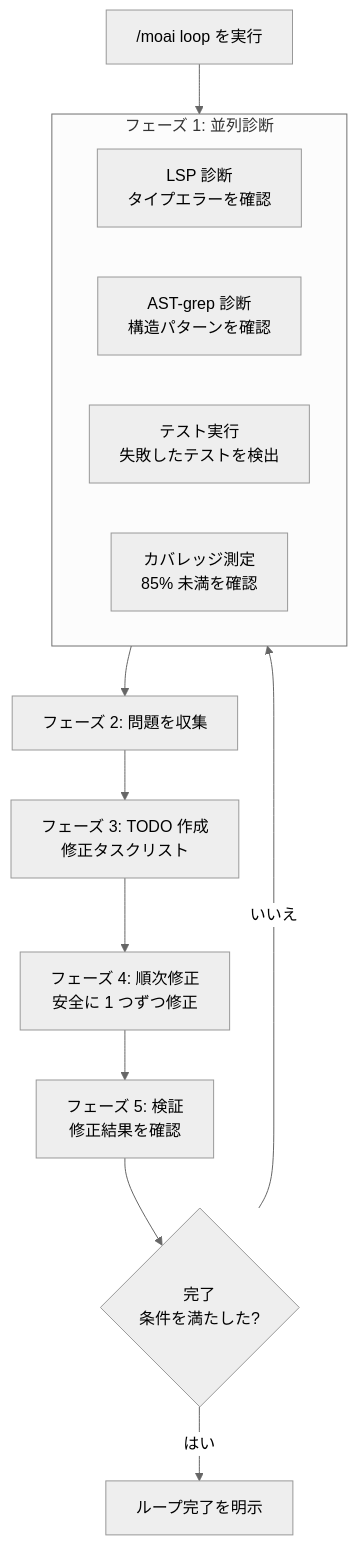
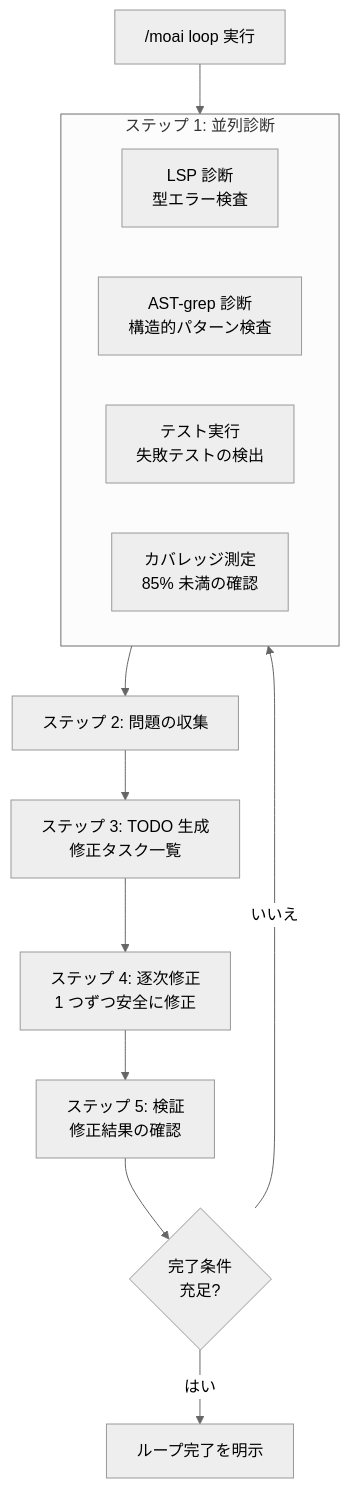
The first of 4 diagrams in docs-site/content/ja/utility-commands/moai-loop.md (modu-ai/moai-adk), drawn with Mermaid (neutral theme) before and after one commit. The commit also changed other lines of this file and 395 other files, not shown here.

````diff
--- a/docs-site/content/ja/utility-commands/moai-loop.md
+++ b/docs-site/content/ja/utility-commands/moai-loop.md
@@ -63,19 +82,19 @@
 ```mermaid
 flowchart TD
-    Start["/moai loop を実行"] --> Diag
+    Start["/moai loop 実行"] --> Diag
 
-    subgraph Diag["フェーズ 1: 並列診断"]
-        D1["LSP 診断<br/>タイプエラーを確認"]
-        D2["AST-grep 診断<br/>構造パターンを確認"]
-        D3["テスト実行<br/>失敗したテストを検出"]
-        D4["カバレッジ測定<br/>85% 未満を確認"]
+    subgraph Diag["ステップ 1: 並列診断"]
+        D1["LSP 診断<br/>型エラー検査"]
+        D2["AST-grep 診断<br/>構造的パターン検査"]
+        D3["テスト実行<br/>失敗テストの検出"]
+        D4["カバレッジ測定<br/>85% 未満の確認"]
     end
 
-    Diag --> Collect["フェーズ 2: 問題を収集"]
-    Collect --> Todo["フェーズ 3: TODO 作成<br/>修正タスクリスト"]
-    Todo --> Fix["フェーズ 4: 順次修正<br/>安全に 1 つずつ修正"]
-    Fix --> Verify["フェーズ 5: 検証<br/>修正結果を確認"]
-    Verify --> Check{完了<br/>条件を満たした?}
+    Diag --> Collect["ステップ 2: 問題の収集"]
+    Collect --> Todo["ステップ 3: TODO 生成<br/>修正タスク一覧"]
+    Todo --> Fix["ステップ 4: 逐次修正<br/>1 つずつ安全に修正"]
+    Fix --> Verify["ステップ 5: 検証<br/>修正結果の確認"]
+    Verify --> Check{完了条件<br/>充足?}
     Check -->|いいえ| Diag
     Check -->|はい| Done["ループ完了を明示"]
 ```
````
